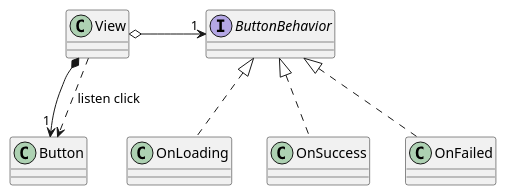
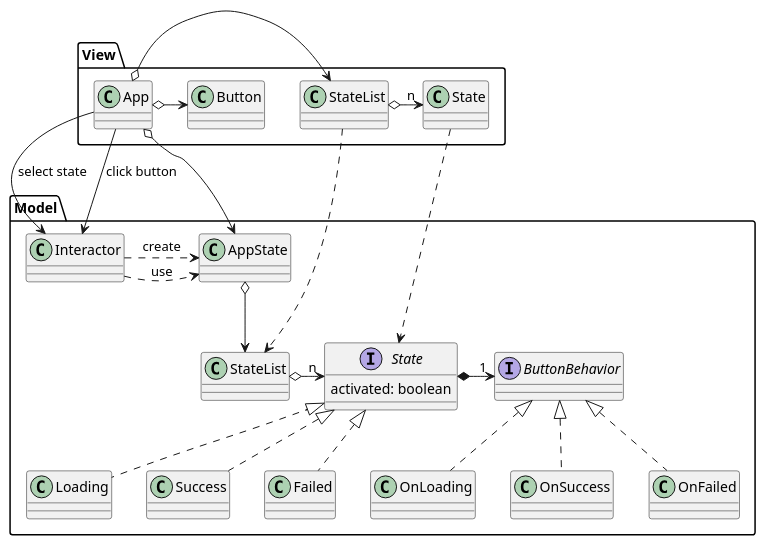
Before and after one commit to tooppoo/sample-for-vue-with-design-patterns: the diagram in docs/strategy.puml, drawn with PlantUML.

Commit message:
ダイアグラム更新

```diff
--- a/docs/strategy.puml
+++ b/docs/strategy.puml
@@ -1,13 +1,42 @@
 @startuml Strategy Pattern
-class View
-class Button
+package View {
+  class App
+  class "StateList" as VStateList
+  class "State" as VState
+  class Button
 
-interface ButtonBehavior
-ButtonBehavior <|.. OnLoading
-ButtonBehavior <|.. OnSuccess
-ButtonBehavior <|.. OnFailed
+  App o-r-> VStateList
+  VStateList o-r-> "n" VState
 
-View *--> "1" Button
-View ..> Button : listen click
-View o-> "1" ButtonBehavior
+  App o-r-> Button
+}
+
+package Model {
+  interface ButtonBehavior
+  ButtonBehavior <|.. OnLoading
+  ButtonBehavior <|.. OnSuccess
+  ButtonBehavior <|.. OnFailed
+
+  interface "State" as MState {
+    activated: boolean
+  }
+  MState <|.. Loading
+  MState <|.. Success
+  MState <|.. Failed
+
+  MState *-r-> "1" ButtonBehavior
+
+  class "StateList" as MStateList
+  MStateList o-r-> "n" MState
+
+  AppState o--> MStateList
+  Interactor .r.> AppState : create
+  Interactor .r.> AppState : use
+}
+
+App --> Interactor : select state
+App --> Interactor : click button
+App o--> AppState
+VStateList ..> MStateList
+VState ..> MState
 @enduml
```
